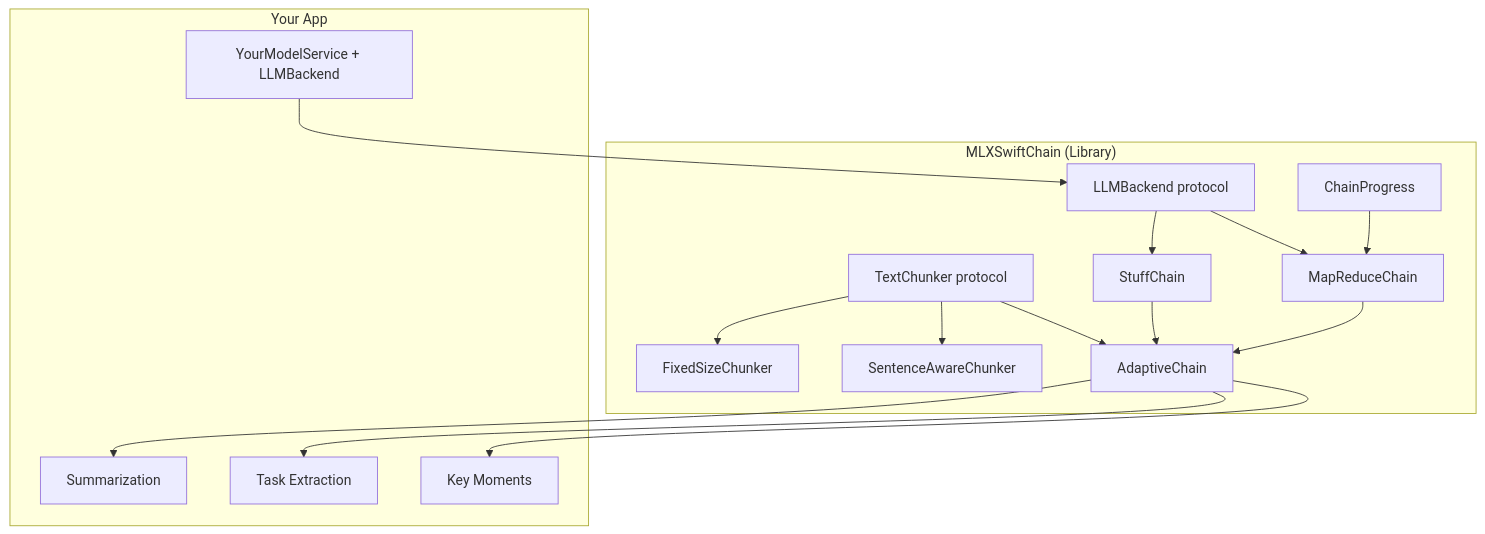
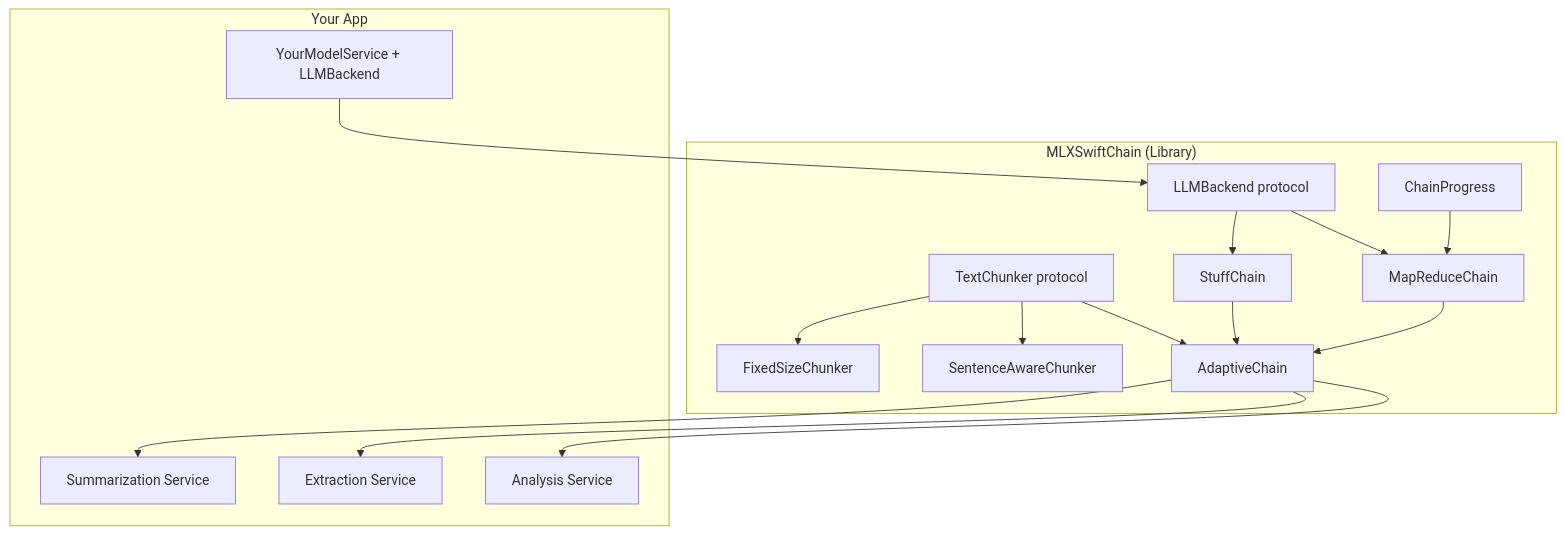
The diagram in docs/architecture.md (joelnishanth/mlx-swift-chain), drawn with Mermaid before and after one commit. The commit also changed 3 other files, not shown here.

````diff
--- a/docs/architecture.md
+++ b/docs/architecture.md
@@ -5,34 +5,34 @@
 ```mermaid
 graph TD
     subgraph lib ["MLXSwiftChain (Library)"]
         LLMBackend["LLMBackend protocol"]
         TextChunker["TextChunker protocol"]
         FixedChunker["FixedSizeChunker"]
         SentenceChunker["SentenceAwareChunker"]
         StuffChain["StuffChain"]
         MapReduceChain["MapReduceChain"]
         AdaptiveChain["AdaptiveChain"]
         ChainProgress["ChainProgress"]
 
         TextChunker --> FixedChunker
         TextChunker --> SentenceChunker
         LLMBackend --> StuffChain
         LLMBackend --> MapReduceChain
         StuffChain --> AdaptiveChain
         MapReduceChain --> AdaptiveChain
         TextChunker --> AdaptiveChain
         ChainProgress --> MapReduceChain
     end
 
     subgraph app ["Your App"]
         MLXAdapter["YourModelService + LLMBackend"]
-        Service1["Summarization"]
-        Service2["Task Extraction"]
-        Service3["Key Moments"]
+        Service1["Summarization Service"]
+        Service2["Extraction Service"]
+        Service3["Analysis Service"]
     end
 
     MLXAdapter --> LLMBackend
     AdaptiveChain --> Service1
     AdaptiveChain --> Service2
     AdaptiveChain --> Service3
 ```
````
